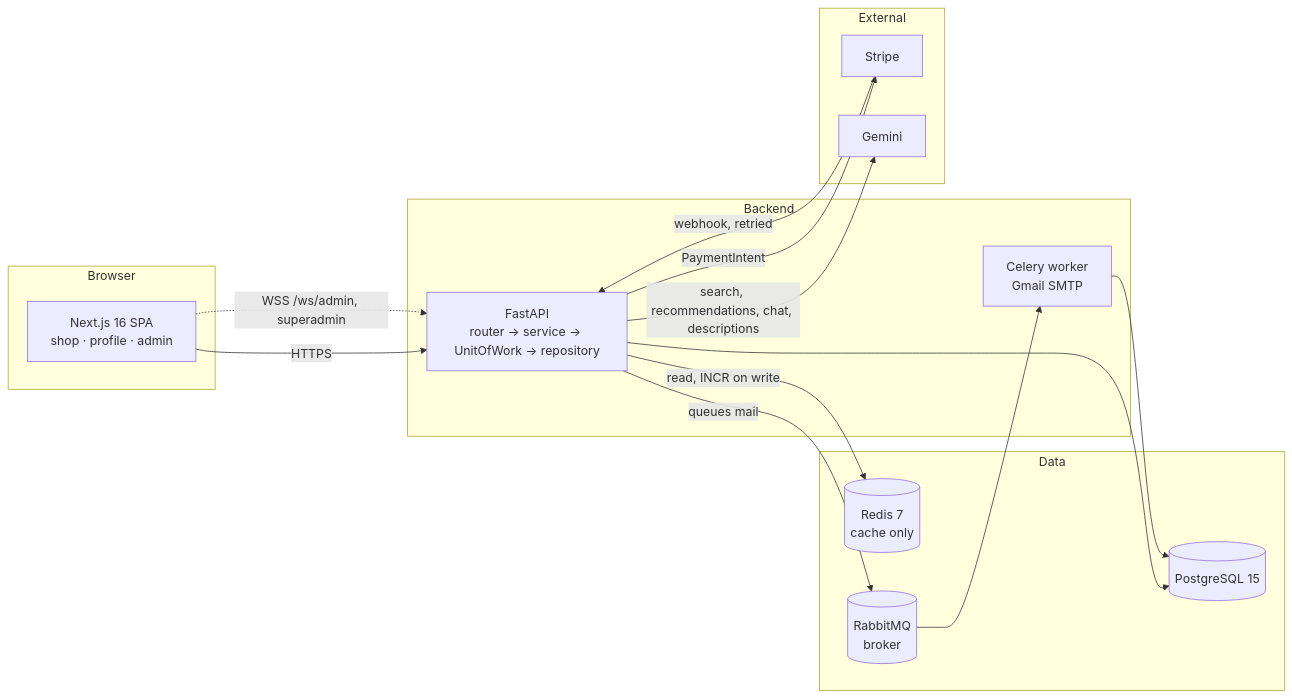
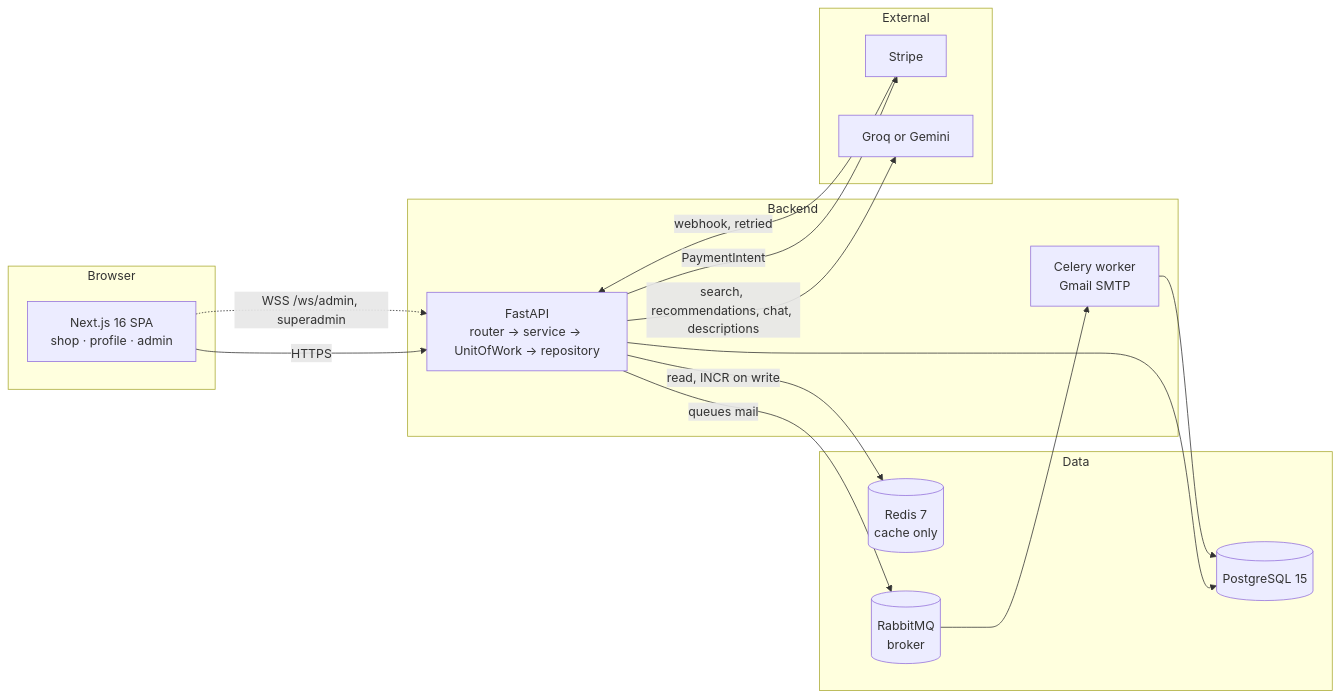
One commit to bogdan0089/fastapi-ecommerce-backend changed the diagram in CLAUDE.md. Above: the diagram before and after it, drawn with Mermaid. The commit also changed other lines of this file and 1 other file, not shown here.

````diff
--- a/CLAUDE.md
+++ b/CLAUDE.md
@@ -30,31 +30,31 @@
 ```mermaid
 flowchart LR
     subgraph Browser
         UI[Next.js 16 SPA<br/>shop · profile · admin]
     end
 
     subgraph Backend
         API[FastAPI<br/>router → service → UnitOfWork → repository]
         WORKER[Celery worker<br/>Gmail SMTP]
     end
 
     subgraph Data
         PG[(PostgreSQL 15)]
         REDIS[(Redis 7<br/>cache only)]
         MQ[(RabbitMQ<br/>broker)]
     end
 
     subgraph External
         STRIPE[Stripe]
-        GEMINI[Gemini]
+        LLM[Groq or Gemini]
     end
 
     UI -- HTTPS --> API
     UI -. WSS /ws/admin, superadmin .-> API
     API --> PG
     API -- read, INCR on write --> REDIS
     API -- queues mail --> MQ --> WORKER --> PG
     API -- PaymentIntent --> STRIPE
     STRIPE -- webhook, retried --> API
-    API -- search, recommendations, chat, descriptions --> GEMINI
+    API -- search, recommendations, chat, descriptions --> LLM
 ```
````
